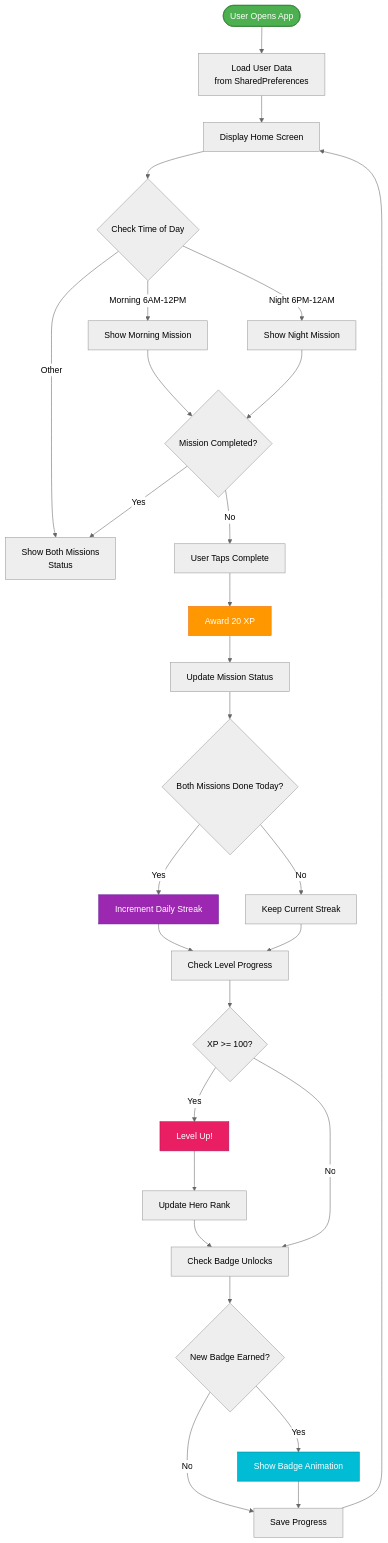
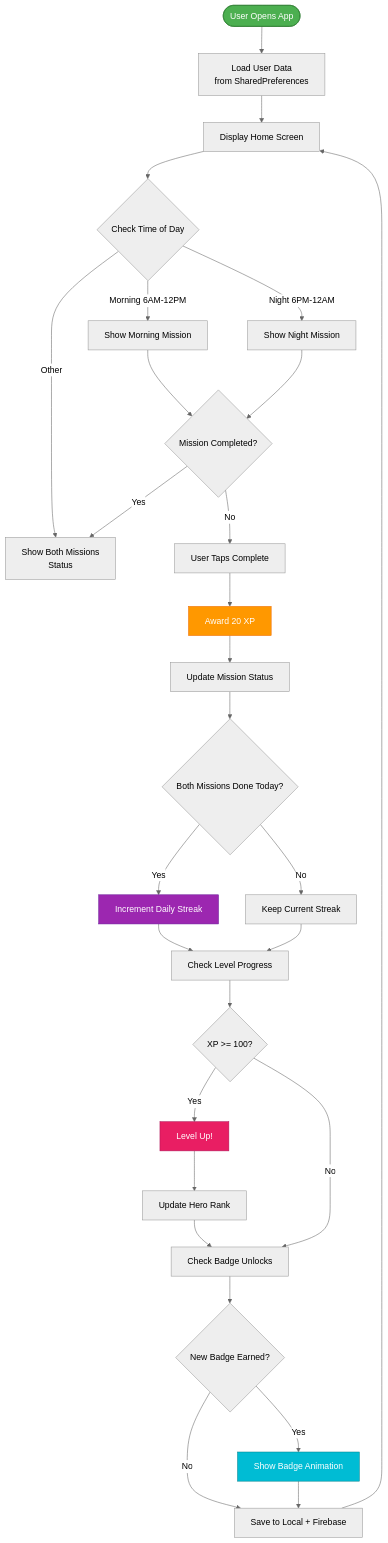
The tenth of 15 diagrams in thesis_chapters/Mermaid_Diagrams.md (nabilashahirah/toothymate), drawn with Mermaid (neutral theme) before and after one commit. The commit also changed other lines of this file and 9 other files, not shown here.

````diff
--- a/thesis_chapters/Mermaid_Diagrams.md
+++ b/thesis_chapters/Mermaid_Diagrams.md
@@ -309,47 +430,47 @@
 ```mermaid
 flowchart TD
     A([User Opens App]) --> B[Load User Data<br/>from SharedPreferences]
     B --> C[Display Home Screen]
 
     C --> D{Check Time of Day}
 
     D -->|Morning 6AM-12PM| E[Show Morning Mission]
     D -->|Night 6PM-12AM| F[Show Night Mission]
     D -->|Other| G[Show Both Missions<br/>Status]
 
     E --> H{Mission Completed?}
     F --> H
 
     H -->|No| I[User Taps Complete]
     I --> J[Award 20 XP]
     J --> K[Update Mission Status]
 
     K --> L{Both Missions Done Today?}
     L -->|Yes| M[Increment Daily Streak]
     L -->|No| N[Keep Current Streak]
 
     M --> O[Check Level Progress]
     N --> O
 
     O --> P{XP >= 100?}
     P -->|Yes| Q[Level Up!]
     Q --> R[Update Hero Rank]
     R --> S[Check Badge Unlocks]
 
     P -->|No| S
 
     S --> T{New Badge Earned?}
     T -->|Yes| U[Show Badge Animation]
-    T -->|No| V[Save Progress]
+    T -->|No| V[Save to Local + Firebase]
 
     U --> V
     V --> C
 
     H -->|Yes| G
 
     style A fill:#4CAF50,stroke:#2E7D32,color:#fff
     style J fill:#FF9800,stroke:#EF6C00,color:#fff
     style Q fill:#E91E63,stroke:#AD1457,color:#fff
     style M fill:#9C27B0,stroke:#6A1B9A,color:#fff
     style U fill:#00BCD4,stroke:#00838F,color:#fff
 ```
````
